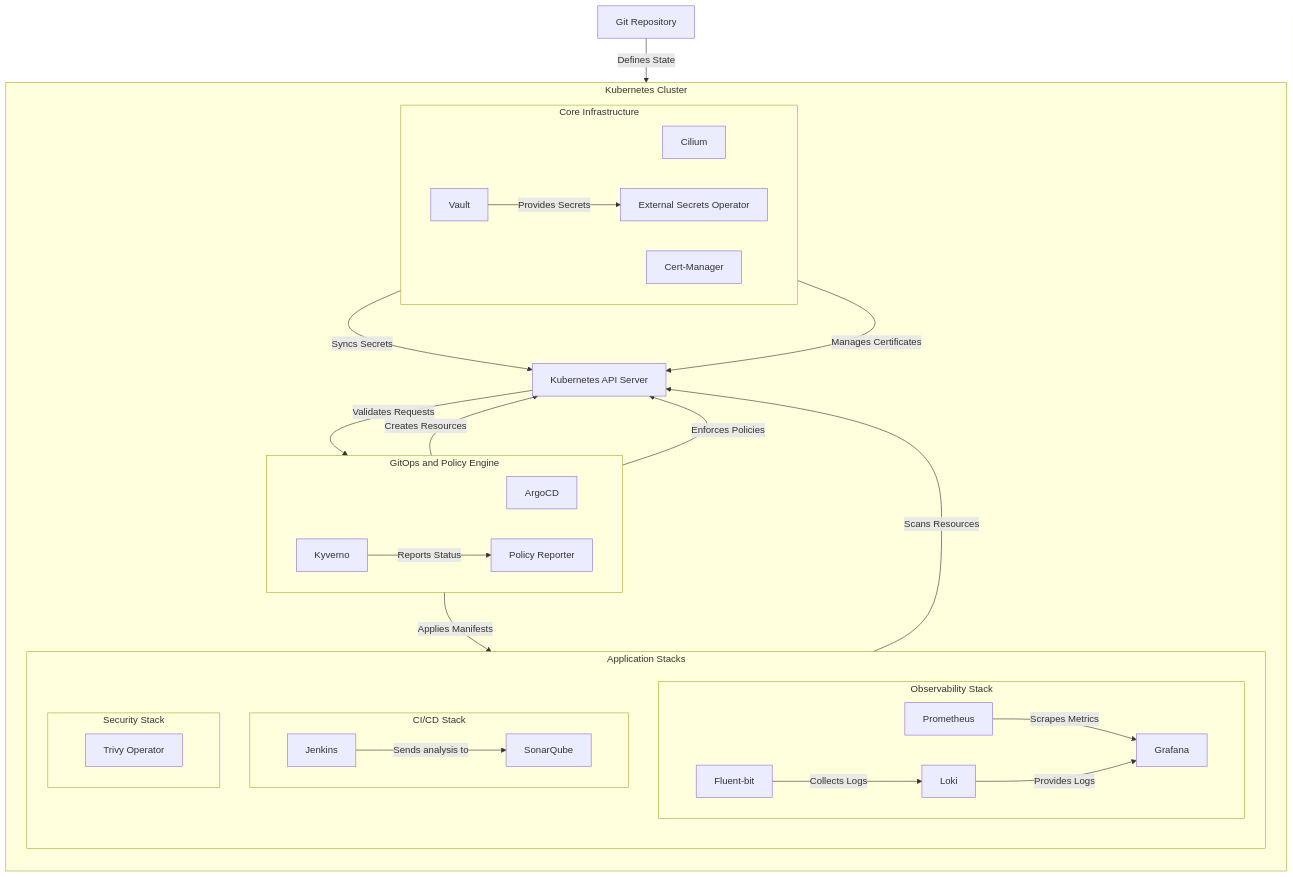
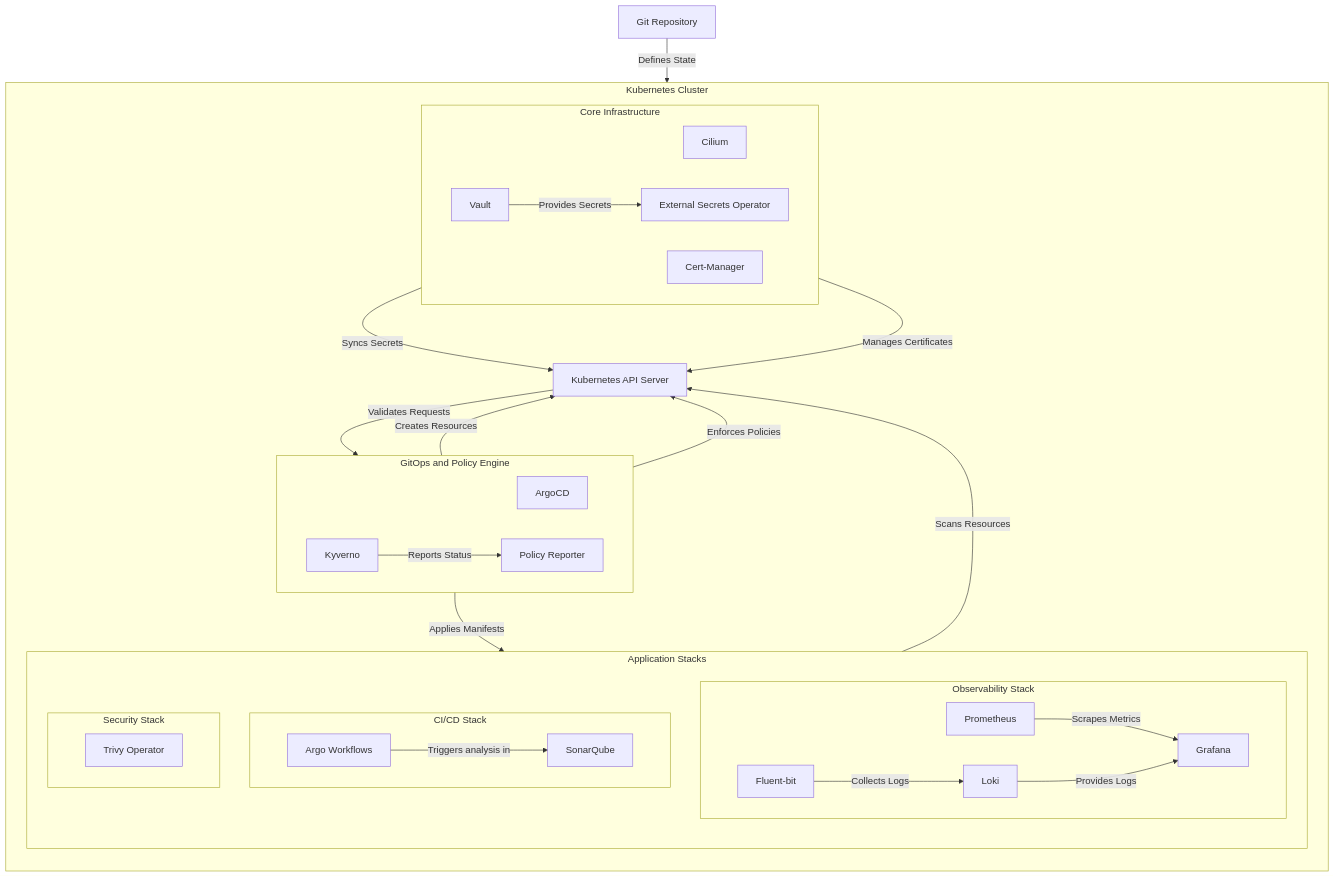
One commit to rou-cru/idp-blueprint changed the first of 10 diagrams in ARCHITECTURE_VISUAL.md. Above: the diagram before and after it, drawn with Mermaid. The commit also changed other lines of this file and 10 other files, not shown here.

Commit message:
docs(project): update architecture and developer UX

````diff
--- a/ARCHITECTURE_VISUAL.md
+++ b/ARCHITECTURE_VISUAL.md
@@ -12,63 +12,63 @@
 ```mermaid
 graph TD
     GitRepo[Git Repository]
 
     subgraph K8sCluster [Kubernetes Cluster]
         direction TB
         
         subgraph CoreInfrastructure [Core Infrastructure]
             direction LR
             Cilium[Cilium]
             CertManager[Cert-Manager]
             Vault[Vault]
             ESO[External Secrets Operator]
         end
 
         subgraph GitOpsPolicyEngine [GitOps and Policy Engine]
             direction LR
             ArgoCD[ArgoCD]
             Kyverno[Kyverno]
             PolicyReporter[Policy Reporter]
         end
 
         subgraph AppStacks [Application Stacks]
             direction TB
             
             subgraph ObservabilityStack [Observability Stack]
                 direction LR
                 Prometheus[Prometheus]
                 Grafana[Grafana]
                 Loki[Loki]
                 FluentBit[Fluent-bit]
             end
 
             subgraph CICDStack [CI/CD Stack]
                 direction LR
-                Jenkins[Jenkins]
+                Workflows[Argo Workflows]
                 SonarQube[SonarQube]
             end
 
             subgraph SecurityStack [Security Stack]
                 direction LR
                 Trivy[Trivy Operator]
             end
         end
         
         K8sApi[Kubernetes API Server]
     end
 
     GitRepo -->|Defines State| ArgoCD
     ArgoCD -->|Applies Manifests| AppStacks
     ArgoCD -->|Creates Resources| K8sApi
     K8sApi -->|Validates Requests| Kyverno
     Kyverno -->|Enforces Policies| K8sApi
     Kyverno -->|Reports Status| PolicyReporter
     Vault -->|Provides Secrets| ESO
     ESO -->|Syncs Secrets| K8sApi
     FluentBit -->|Collects Logs| Loki
     Prometheus -->|Scrapes Metrics| Grafana
     Loki -->|Provides Logs| Grafana
-    Jenkins -->|Sends analysis to| SonarQube
+    Workflows -->|Triggers analysis in| SonarQube
     Trivy -->|Scans Resources| K8sApi
     CertManager -->|Manages Certificates| K8sApi
 ```
````
